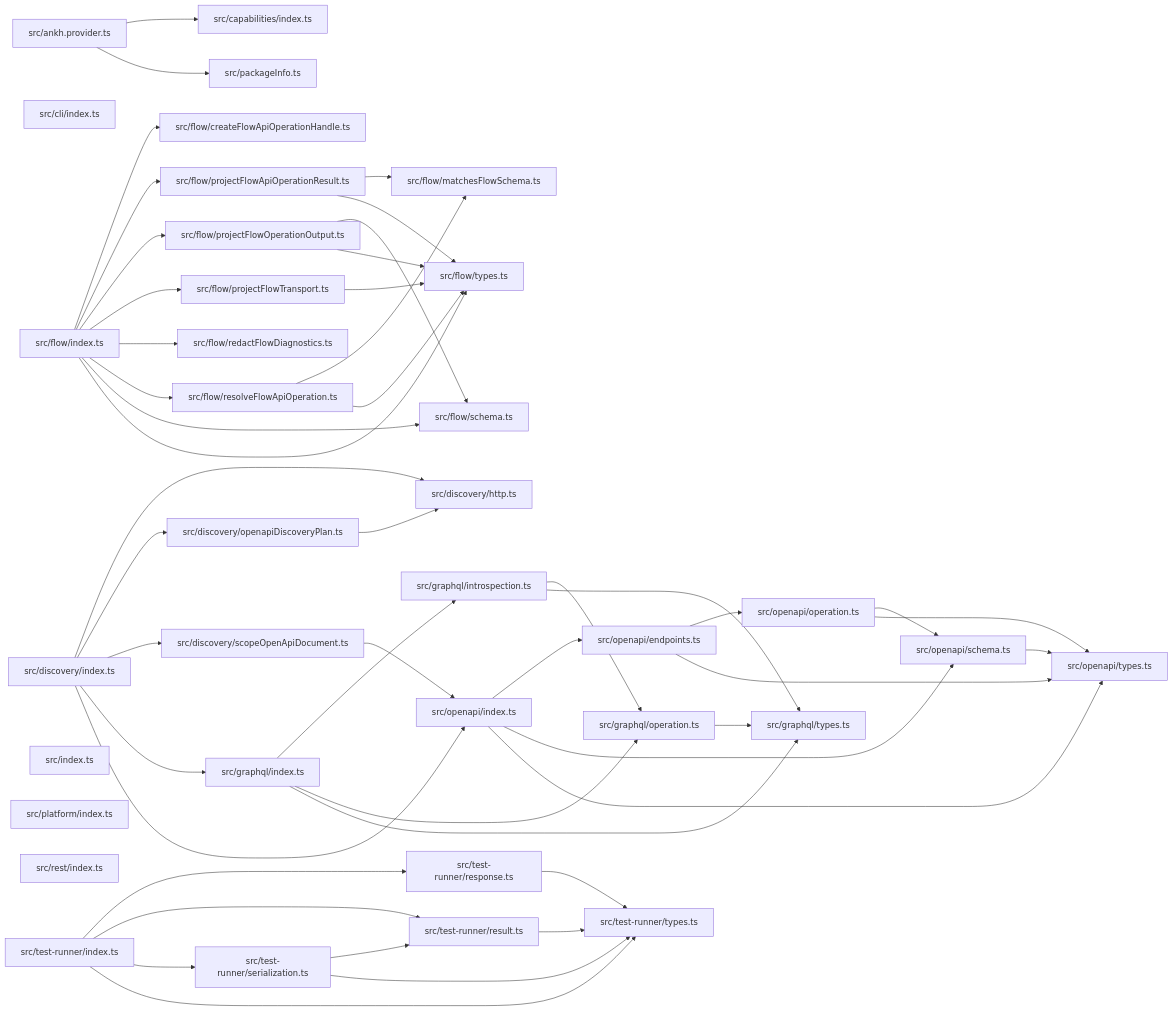
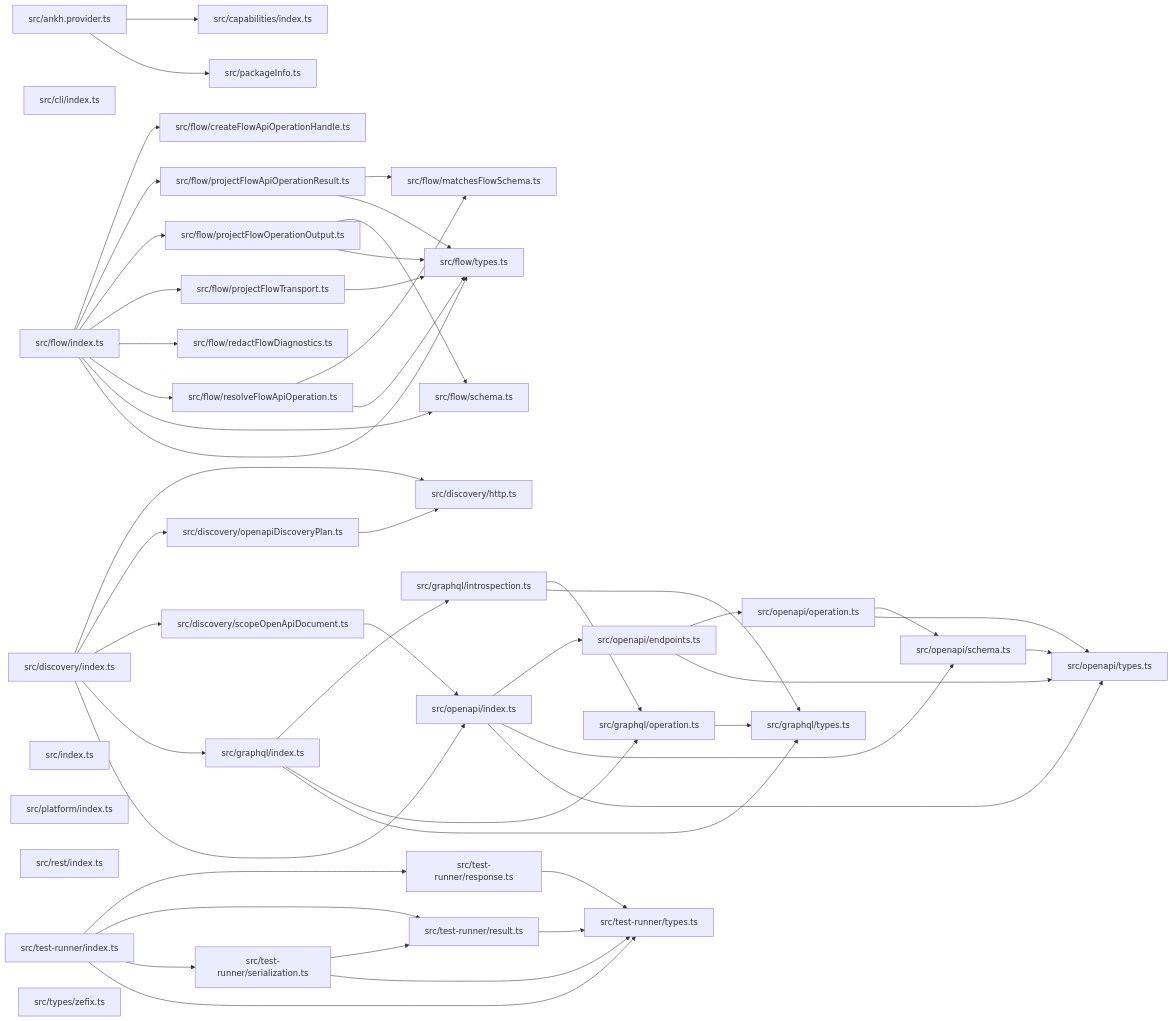
Before and after one commit to ankhorage/data-sources: the diagram in paradox/diagrams/module-relationships.mmd, drawn with Mermaid. The commit also changed 12 other files, not shown here.

```diff
--- a/paradox/diagrams/module-relationships.mmd
+++ b/paradox/diagrams/module-relationships.mmd
@@ -1,82 +1,83 @@
 graph LR
   module_src_ankh_provider_ts["src/ankh.provider.ts"]
   module_src_capabilities_index_ts["src/capabilities/index.ts"]
   module_src_cli_index_ts["src/cli/index.ts"]
   module_src_discovery_http_ts["src/discovery/http.ts"]
   module_src_discovery_index_ts["src/discovery/index.ts"]
   module_src_discovery_openapiDiscoveryPlan_ts["src/discovery/openapiDiscoveryPlan.ts"]
   module_src_discovery_scopeOpenApiDocument_ts["src/discovery/scopeOpenApiDocument.ts"]
   module_src_flow_createFlowApiOperationHandle_ts["src/flow/createFlowApiOperationHandle.ts"]
   module_src_flow_index_ts["src/flow/index.ts"]
   module_src_flow_matchesFlowSchema_ts["src/flow/matchesFlowSchema.ts"]
   module_src_flow_projectFlowApiOperationResult_ts["src/flow/projectFlowApiOperationResult.ts"]
   module_src_flow_projectFlowOperationOutput_ts["src/flow/projectFlowOperationOutput.ts"]
   module_src_flow_projectFlowTransport_ts["src/flow/projectFlowTransport.ts"]
   module_src_flow_redactFlowDiagnostics_ts["src/flow/redactFlowDiagnostics.ts"]
   module_src_flow_resolveFlowApiOperation_ts["src/flow/resolveFlowApiOperation.ts"]
   module_src_flow_schema_ts["src/flow/schema.ts"]
   module_src_flow_types_ts["src/flow/types.ts"]
   module_src_graphql_index_ts["src/graphql/index.ts"]
   module_src_graphql_introspection_ts["src/graphql/introspection.ts"]
   module_src_graphql_operation_ts["src/graphql/operation.ts"]
   module_src_graphql_types_ts["src/graphql/types.ts"]
   module_src_index_ts["src/index.ts"]
   module_src_openapi_endpoints_ts["src/openapi/endpoints.ts"]
   module_src_openapi_index_ts["src/openapi/index.ts"]
   module_src_openapi_operation_ts["src/openapi/operation.ts"]
   module_src_openapi_schema_ts["src/openapi/schema.ts"]
   module_src_openapi_types_ts["src/openapi/types.ts"]
   module_src_packageInfo_ts["src/packageInfo.ts"]
   module_src_platform_index_ts["src/platform/index.ts"]
   module_src_rest_index_ts["src/rest/index.ts"]
   module_src_test_runner_index_ts["src/test-runner/index.ts"]
   module_src_test_runner_response_ts["src/test-runner/response.ts"]
   module_src_test_runner_result_ts["src/test-runner/result.ts"]
   module_src_test_runner_serialization_ts["src/test-runner/serialization.ts"]
   module_src_test_runner_types_ts["src/test-runner/types.ts"]
+  module_src_types_zefix_ts["src/types/zefix.ts"]
   module_src_ankh_provider_ts --> module_src_capabilities_index_ts
   module_src_ankh_provider_ts --> module_src_packageInfo_ts
   module_src_discovery_index_ts --> module_src_discovery_http_ts
   module_src_discovery_index_ts --> module_src_discovery_openapiDiscoveryPlan_ts
   module_src_discovery_index_ts --> module_src_discovery_scopeOpenApiDocument_ts
   module_src_discovery_index_ts --> module_src_graphql_index_ts
   module_src_discovery_index_ts --> module_src_openapi_index_ts
   module_src_discovery_openapiDiscoveryPlan_ts --> module_src_discovery_http_ts
   module_src_discovery_scopeOpenApiDocument_ts --> module_src_openapi_index_ts
   module_src_flow_index_ts --> module_src_flow_createFlowApiOperationHandle_ts
   module_src_flow_index_ts --> module_src_flow_projectFlowApiOperationResult_ts
   module_src_flow_index_ts --> module_src_flow_projectFlowOperationOutput_ts
   module_src_flow_index_ts --> module_src_flow_projectFlowTransport_ts
   module_src_flow_index_ts --> module_src_flow_redactFlowDiagnostics_ts
   module_src_flow_index_ts --> module_src_flow_resolveFlowApiOperation_ts
   module_src_flow_index_ts --> module_src_flow_schema_ts
   module_src_flow_index_ts --> module_src_flow_types_ts
   module_src_flow_projectFlowApiOperationResult_ts --> module_src_flow_matchesFlowSchema_ts
   module_src_flow_projectFlowApiOperationResult_ts --> module_src_flow_types_ts
   module_src_flow_projectFlowOperationOutput_ts --> module_src_flow_schema_ts
   module_src_flow_projectFlowOperationOutput_ts --> module_src_flow_types_ts
   module_src_flow_projectFlowTransport_ts --> module_src_flow_types_ts
   module_src_flow_resolveFlowApiOperation_ts --> module_src_flow_matchesFlowSchema_ts
   module_src_flow_resolveFlowApiOperation_ts --> module_src_flow_types_ts
   module_src_graphql_index_ts --> module_src_graphql_introspection_ts
   module_src_graphql_index_ts --> module_src_graphql_operation_ts
   module_src_graphql_index_ts --> module_src_graphql_types_ts
   module_src_graphql_introspection_ts --> module_src_graphql_operation_ts
   module_src_graphql_introspection_ts --> module_src_graphql_types_ts
   module_src_graphql_operation_ts --> module_src_graphql_types_ts
   module_src_openapi_endpoints_ts --> module_src_openapi_operation_ts
   module_src_openapi_endpoints_ts --> module_src_openapi_types_ts
   module_src_openapi_index_ts --> module_src_openapi_endpoints_ts
   module_src_openapi_index_ts --> module_src_openapi_schema_ts
   module_src_openapi_index_ts --> module_src_openapi_types_ts
   module_src_openapi_operation_ts --> module_src_openapi_schema_ts
   module_src_openapi_operation_ts --> module_src_openapi_types_ts
   module_src_openapi_schema_ts --> module_src_openapi_types_ts
   module_src_test_runner_index_ts --> module_src_test_runner_response_ts
   module_src_test_runner_index_ts --> module_src_test_runner_result_ts
   module_src_test_runner_index_ts --> module_src_test_runner_serialization_ts
   module_src_test_runner_index_ts --> module_src_test_runner_types_ts
   module_src_test_runner_response_ts --> module_src_test_runner_types_ts
   module_src_test_runner_result_ts --> module_src_test_runner_types_ts
   module_src_test_runner_serialization_ts --> module_src_test_runner_result_ts
   module_src_test_runner_serialization_ts --> module_src_test_runner_types_ts
```
